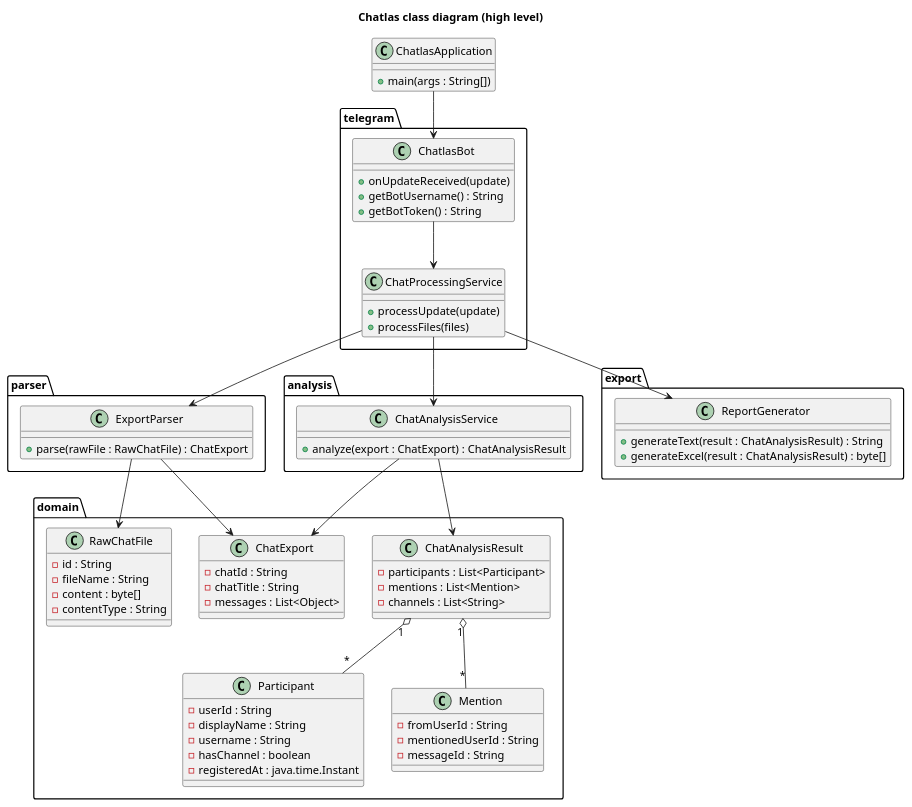
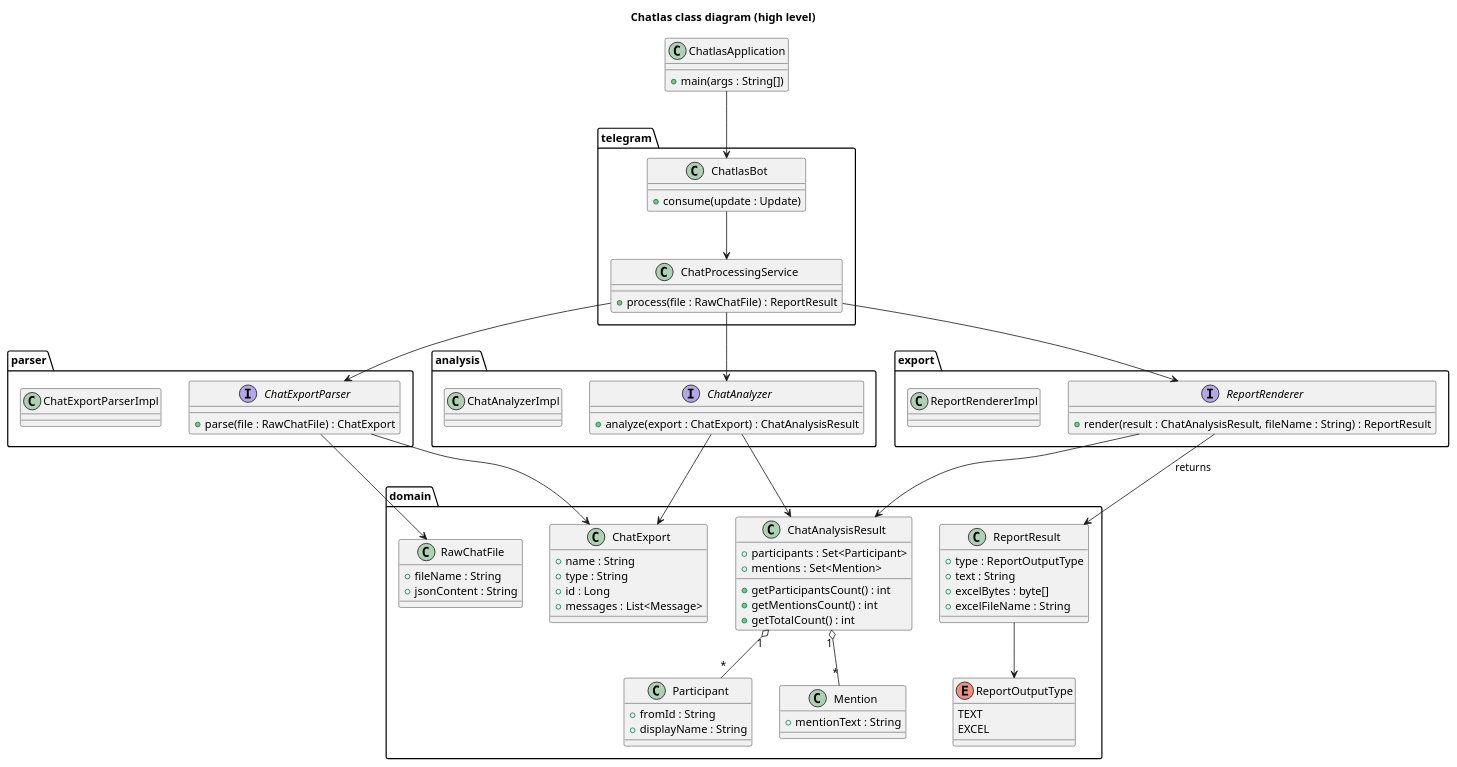
Before and after one commit to vspochernin/chatlas: the diagram in docs/diagrams/domain_model.puml, drawn with PlantUML. The commit also changed 17 other files, not shown here.

```diff
--- a/docs/diagrams/domain_model.puml
+++ b/docs/diagrams/domain_model.puml
@@ -1,92 +1,103 @@
 @startuml domain_model
 title Chatlas class diagram (high level)
 
 package "domain" {
   class RawChatFile {
-    - id : String
-    - fileName : String
-    - content : byte[]
-    - contentType : String
+    + fileName : String
+    + jsonContent : String
   }
 
   class ChatExport {
-    - chatId : String
-    - chatTitle : String
-    - messages : List<Object>
+    + name : String
+    + type : String
+    + id : Long
+    + messages : List<Message>
   }
 
   class Participant {
-    - userId : String
-    - displayName : String
-    - username : String
-    - hasChannel : boolean
-    - registeredAt : java.time.Instant
+    + fromId : String
+    + displayName : String
   }
 
   class Mention {
-    - fromUserId : String
-    - mentionedUserId : String
-    - messageId : String
+    + mentionText : String
   }
 
   class ChatAnalysisResult {
-    - participants : List<Participant>
-    - mentions : List<Mention>
-    - channels : List<String>
+    + participants : Set<Participant>
+    + mentions : Set<Mention>
+    + getParticipantsCount() : int
+    + getMentionsCount() : int
+    + getTotalCount() : int
+  }
+
+  enum ReportOutputType {
+    TEXT
+    EXCEL
+  }
+
+  class ReportResult {
+    + type : ReportOutputType
+    + text : String
+    + excelBytes : byte[]
+    + excelFileName : String
   }
 }
 
 package "telegram" {
   class ChatlasBot {
-    +onUpdateReceived(update)
-    +getBotUsername() : String
-    +getBotToken() : String
+    +consume(update : Update)
   }
 
   class ChatProcessingService {
-    +processUpdate(update)
-    +processFiles(files)
+    +process(file : RawChatFile) : ReportResult
   }
 }
 
 package "parser" {
-  class ExportParser {
-    +parse(rawFile : RawChatFile) : ChatExport
+  interface ChatExportParser {
+    +parse(file : RawChatFile) : ChatExport
   }
+  class ChatExportParserImpl
 }
 
 package "analysis" {
-  class ChatAnalysisService {
+  interface ChatAnalyzer {
     +analyze(export : ChatExport) : ChatAnalysisResult
   }
+  class ChatAnalyzerImpl
 }
 
 package "export" {
-  class ReportGenerator {
-    +generateText(result : ChatAnalysisResult) : String
-    +generateExcel(result : ChatAnalysisResult) : byte[]
+  interface ReportRenderer {
+    +render(result : ChatAnalysisResult, fileName : String) : ReportResult
   }
+  class ReportRendererImpl
 }
 
 class ChatlasApplication {
   +main(args : String[])
 }
 
 ' Связи между классами
 
 ChatlasApplication --> ChatlasBot
 ChatlasBot --> ChatProcessingService
 
-ChatProcessingService --> ExportParser
-ChatProcessingService --> ChatAnalysisService
-ChatProcessingService --> ReportGenerator
+ChatProcessingService --> ChatExportParser
+ChatProcessingService --> ChatAnalyzer
+ChatProcessingService --> ReportRenderer
 
-ExportParser --> RawChatFile
-ExportParser --> ChatExport
+ChatExportParser --> RawChatFile
+ChatExportParser --> ChatExport
 
-ChatAnalysisService --> ChatExport
-ChatAnalysisService --> ChatAnalysisResult
+ChatAnalyzer --> ChatExport
+ChatAnalyzer --> ChatAnalysisResult
 ChatAnalysisResult "1" o-- "*" Participant
 ChatAnalysisResult "1" o-- "*" Mention
 
+ReportRenderer --> ChatAnalysisResult
+ReportRenderer --> ReportResult : returns
+ReportResult --> ReportOutputType
+
 @enduml
```
